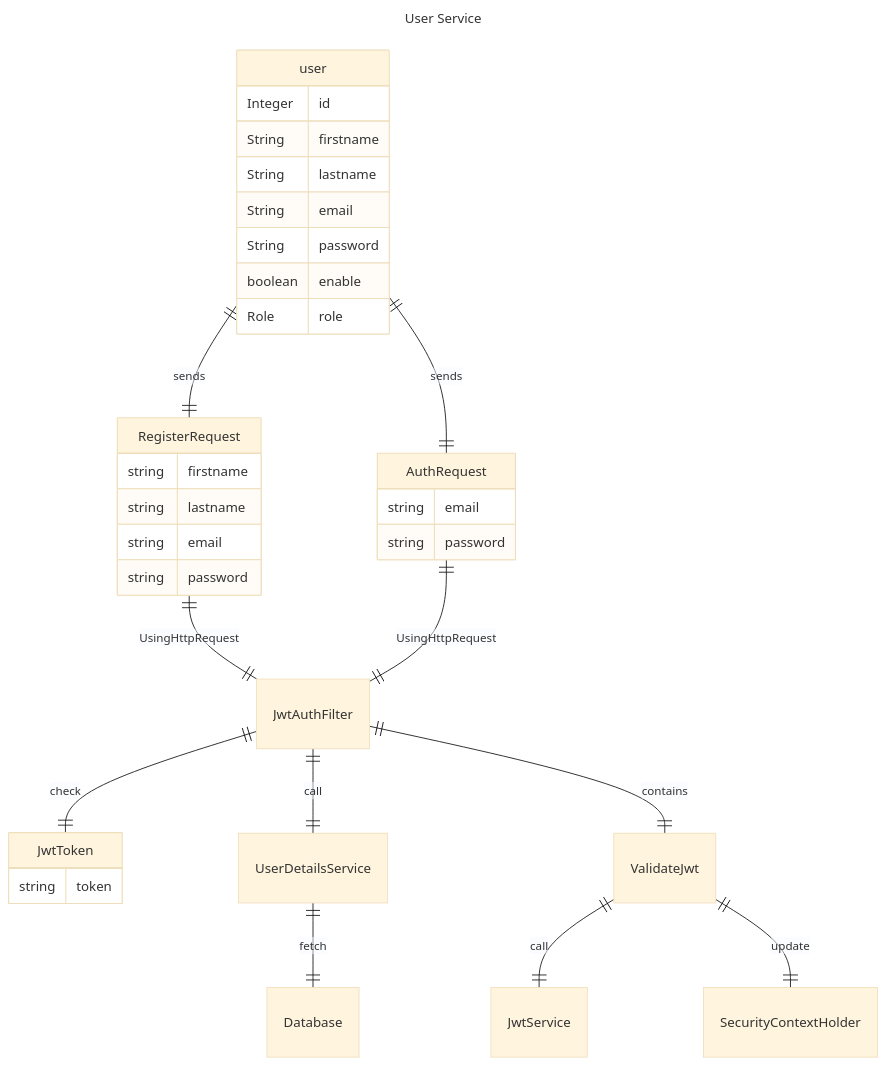
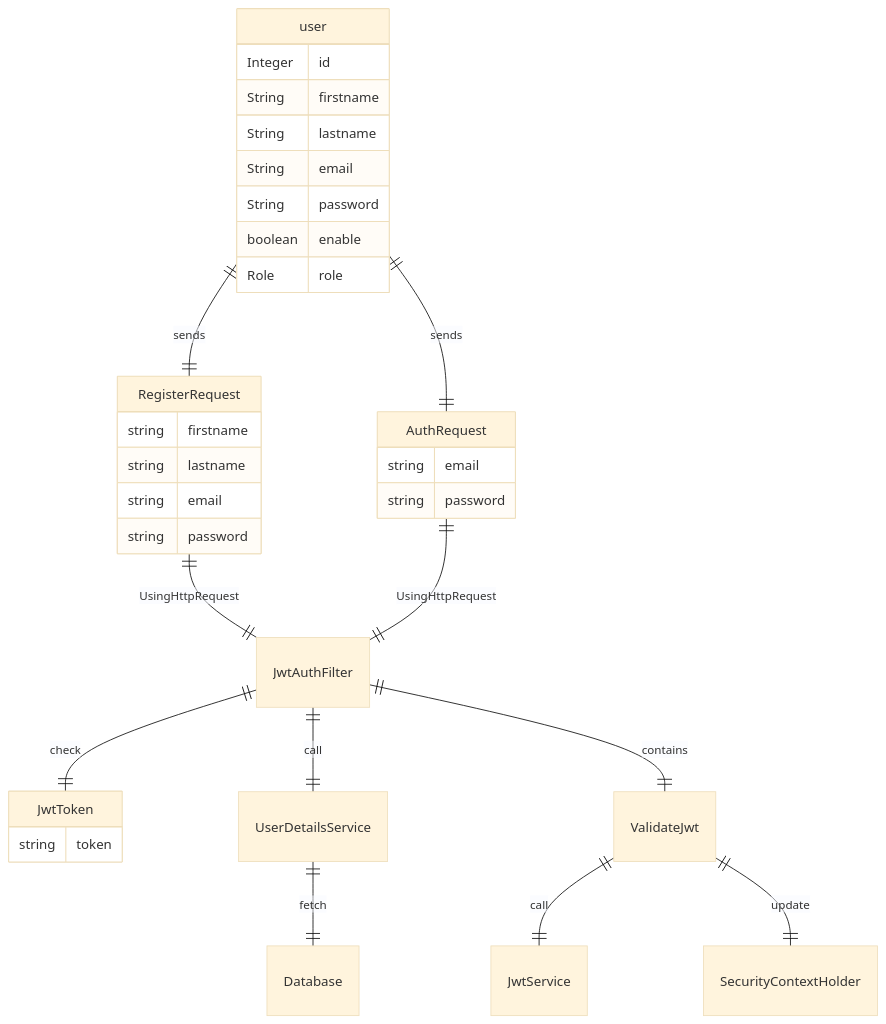
Before and after one commit to Fawry-Project/E-Commerce-UI: the diagram in README.md, drawn with Mermaid (base theme).

````diff
--- a/README.md
+++ b/README.md
@@ -11,41 +11,38 @@
 ```mermaid
----
-title: User Service
----
 erDiagram
     user ||--|| RegisterRequest: sends
     user ||--|| AuthRequest: sends
     RegisterRequest ||--|| JwtAuthFilter : UsingHttpRequest
     AuthRequest ||--|| JwtAuthFilter : UsingHttpRequest
     user {
         Integer id
         String firstname
         String lastname
         String email
         String password
         boolean enable
         Role role
     }
 
     RegisterRequest{
         string firstname
         string lastname
         string email
         string password
     }
 
     AuthRequest{
         string email
         string password
     }
     JwtAuthFilter ||--|| JwtToken : check
     JwtAuthFilter ||--|| UserDetailsService : call
     UserDetailsService ||--|| Database : fetch 
 
     JwtToken{
         string token
     }
     JwtAuthFilter ||--|| ValidateJwt : contains
     ValidateJwt ||--|| JwtService : call
     ValidateJwt ||--|| SecurityContextHolder: update
 ```
````
